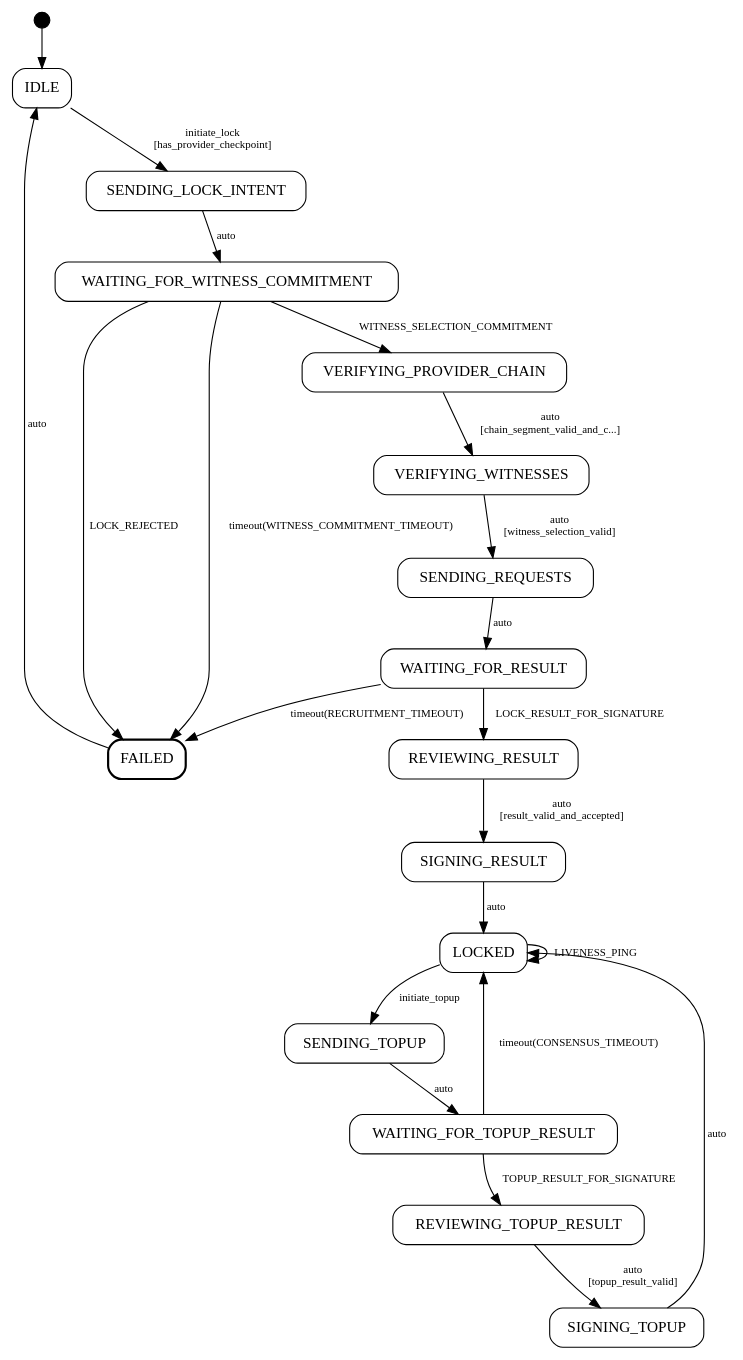
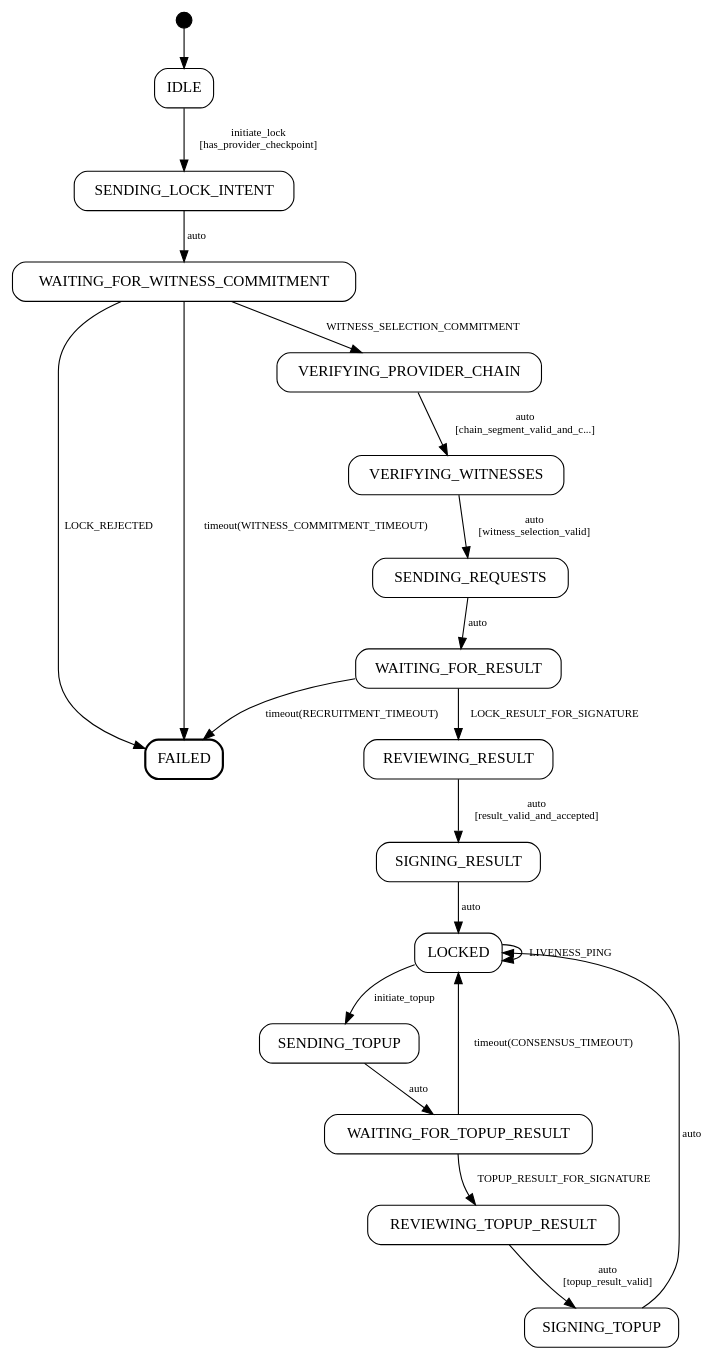
Before and after one commit to mjtomei/omerta_node: the diagram in docs/protocol/transactions/graphs/00_escrow_lock_consumer.dot, drawn with Graphviz. The commit also changed 36 other files, not shown here.

First line of the commit message:
Rename schema references to transaction and add DSL features

```diff
--- a/docs/protocol/transactions/graphs/00_escrow_lock_consumer.dot
+++ b/docs/protocol/transactions/graphs/00_escrow_lock_consumer.dot
@@ -1,31 +1,30 @@
 digraph {
     rankdir=TB;
     node [shape=box, style=rounded];
     edge [fontsize=10];
 
     __start__ [shape=point, width=0.2];
     __start__ -> IDLE;
 
     FAILED [shape=box, style="rounded,bold"];
 
     IDLE -> SENDING_LOCK_INTENT [label="initiate_lock\n[has_provider_checkpoint]"];
     SENDING_LOCK_INTENT -> WAITING_FOR_WITNESS_COMMITMENT [label="auto"];
     WAITING_FOR_WITNESS_COMMITMENT -> VERIFYING_PROVIDER_CHAIN [label="WITNESS_SELECTION_COMMITMENT"];
     WAITING_FOR_WITNESS_COMMITMENT -> FAILED [label="LOCK_REJECTED"];
     WAITING_FOR_WITNESS_COMMITMENT -> FAILED [label="timeout(WITNESS_COMMITMENT_TIMEOUT)"];
     VERIFYING_PROVIDER_CHAIN -> VERIFYING_WITNESSES [label="auto\n[chain_segment_valid_and_c...]"];
     VERIFYING_WITNESSES -> SENDING_REQUESTS [label="auto\n[witness_selection_valid]"];
     SENDING_REQUESTS -> WAITING_FOR_RESULT [label="auto"];
     WAITING_FOR_RESULT -> REVIEWING_RESULT [label="LOCK_RESULT_FOR_SIGNATURE"];
     WAITING_FOR_RESULT -> FAILED [label="timeout(RECRUITMENT_TIMEOUT)"];
     REVIEWING_RESULT -> SIGNING_RESULT [label="auto\n[result_valid_and_accepted]"];
     SIGNING_RESULT -> LOCKED [label="auto"];
     LOCKED -> LOCKED [label="LIVENESS_PING"];
     LOCKED -> SENDING_TOPUP [label="initiate_topup"];
     SENDING_TOPUP -> WAITING_FOR_TOPUP_RESULT [label="auto"];
     WAITING_FOR_TOPUP_RESULT -> REVIEWING_TOPUP_RESULT [label="TOPUP_RESULT_FOR_SIGNATURE"];
     WAITING_FOR_TOPUP_RESULT -> LOCKED [label="timeout(CONSENSUS_TIMEOUT)"];
     REVIEWING_TOPUP_RESULT -> SIGNING_TOPUP [label="auto\n[topup_result_valid]"];
     SIGNING_TOPUP -> LOCKED [label="auto"];
-    FAILED -> IDLE [label="auto"];
 }
```
